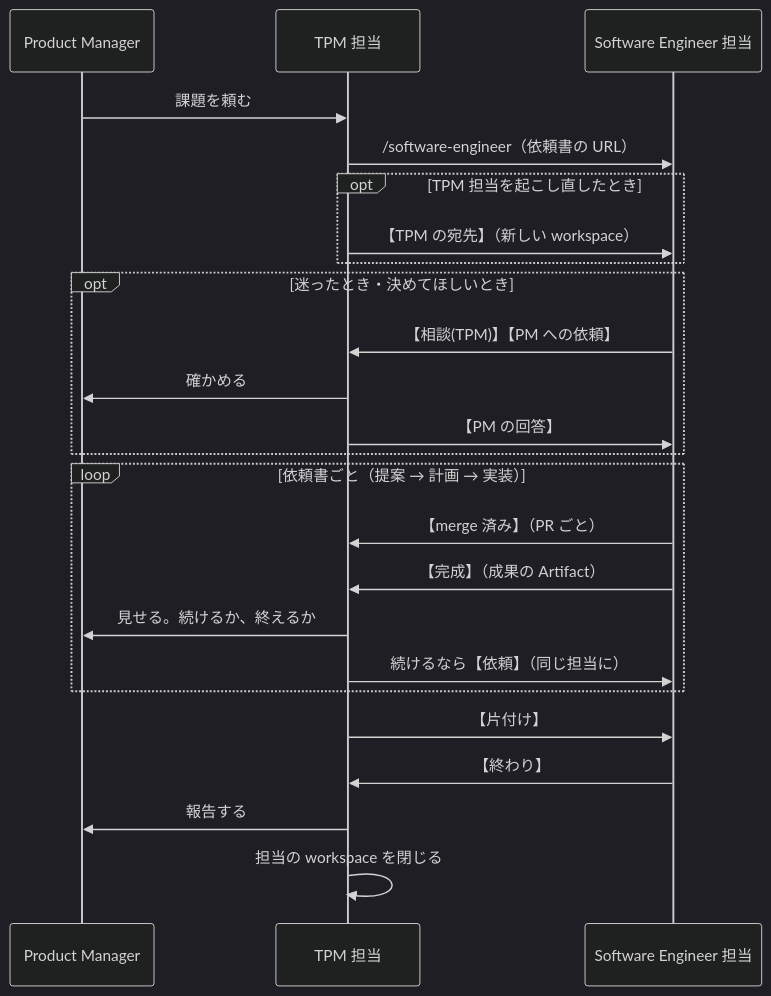
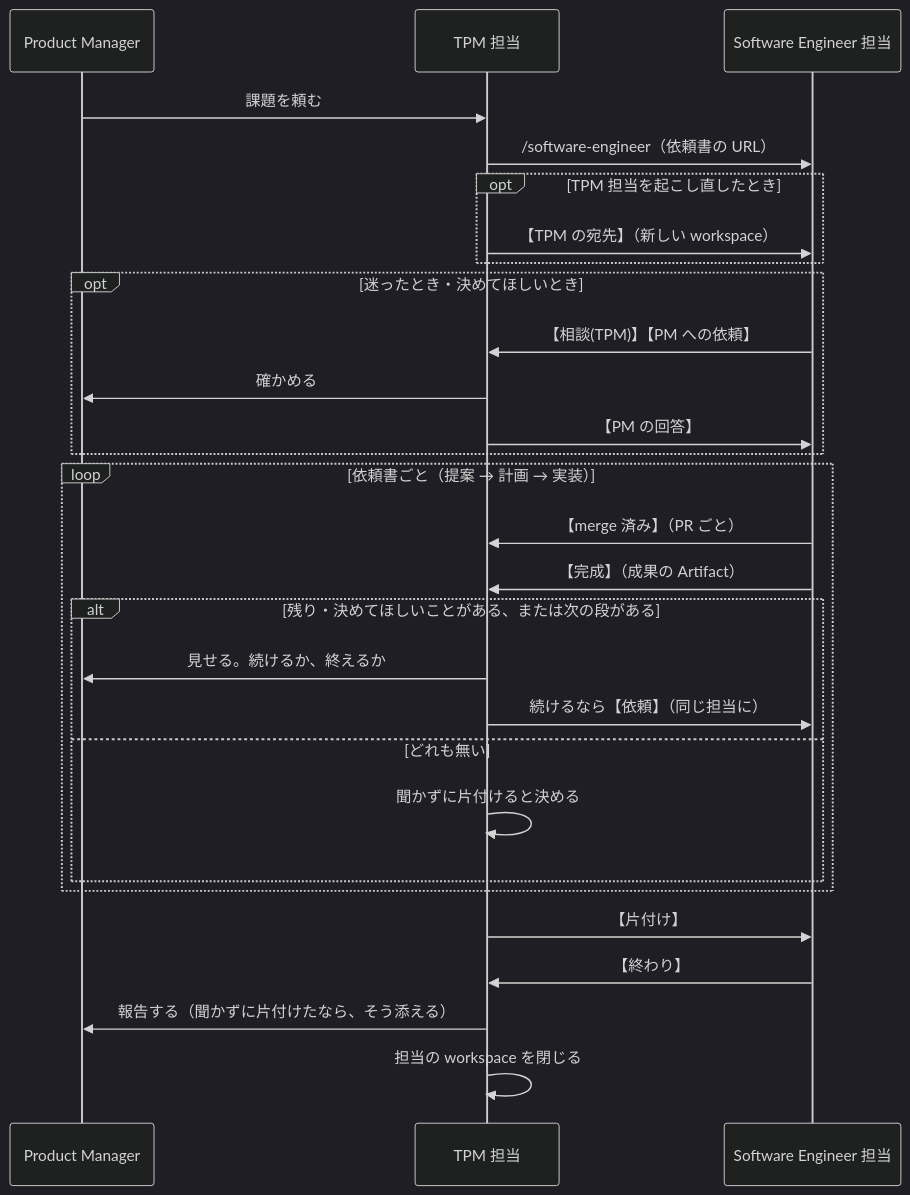
One commit to uraitakahito/roster changed the diagram in docs-site/src/content/docs/protocol.md. Above: the diagram before and after it, drawn with Mermaid (dark theme). The commit also changed 5 other files, not shown here.

````diff
--- a/docs-site/src/content/docs/protocol.md
+++ b/docs-site/src/content/docs/protocol.md
@@ -20,26 +20,30 @@
 ```mermaid
 sequenceDiagram
   participant PM as Product Manager
   participant TPM as TPM 担当
   participant SE as Software Engineer 担当
   PM->>TPM: 課題を頼む
   TPM->>SE: /software-engineer（依頼書の URL）
   opt TPM 担当を起こし直したとき
     TPM->>SE: 【TPM の宛先】（新しい workspace）
   end
   opt 迷ったとき・決めてほしいとき
     SE->>TPM: 【相談(TPM)】【PM への依頼】
     TPM->>PM: 確かめる
     TPM->>SE: 【PM の回答】
   end
   loop 依頼書ごと（提案 → 計画 → 実装）
     SE->>TPM: 【merge 済み】（PR ごと）
     SE->>TPM: 【完成】（成果の Artifact）
-    TPM->>PM: 見せる。続けるか、終えるか
-    TPM->>SE: 続けるなら【依頼】（同じ担当に）
+    alt 残り・決めてほしいことがある、または次の段がある
+      TPM->>PM: 見せる。続けるか、終えるか
+      TPM->>SE: 続けるなら【依頼】（同じ担当に）
+    else どれも無い
+      TPM->>TPM: 聞かずに片付けると決める
+    end
   end
   TPM->>SE: 【片付け】
   SE->>TPM: 【終わり】
-  TPM->>PM: 報告する
+  TPM->>PM: 報告する（聞かずに片付けたなら、そう添える）
   TPM->>TPM: 担当の workspace を閉じる
 ```
````
